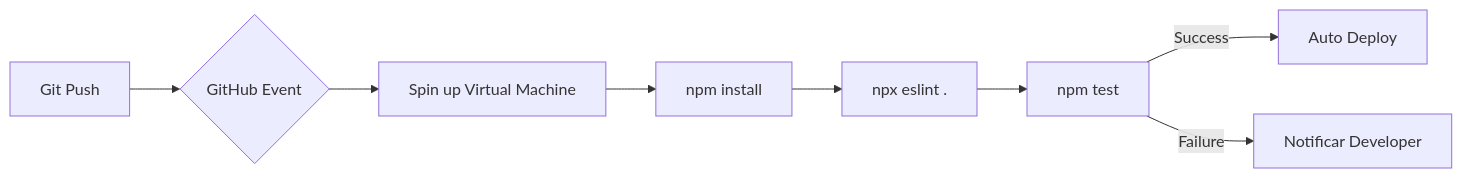
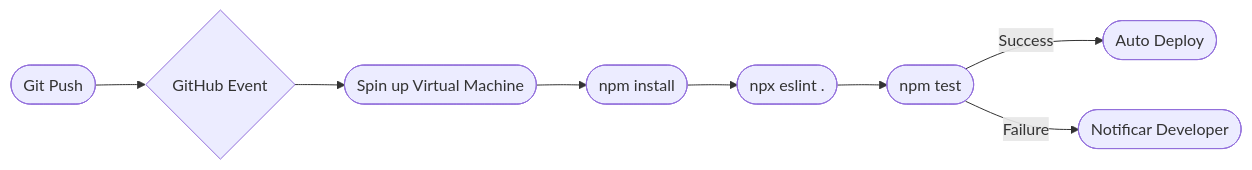
Before and after one commit to ricardotecpro/ads_extra_guia_de_ferramentas: the diagram in docs/aulas/aula-11.md, drawn with Mermaid. The commit also changed other lines of this file and 69 other files, not shown here.

````diff
--- a/docs/aulas/aula-11.md
+++ b/docs/aulas/aula-11.md
@@ -31,10 +34,10 @@
 ```mermaid
 graph LR
-    Push[Git Push] --> Trigger{GitHub Event}
-    Trigger --> VM[Spin up Virtual Machine]
-    VM --> Install[npm install]
-    Install --> Lint[npx eslint .]
-    Lint --> Test[npm test]
-    Test -- Success --> Deploy[Auto Deploy]
-    Test -- Failure --> Notify[Notificar Developer]
+    Push([Git Push]) --> Trigger{GitHub Event}
+    Trigger --> VM([Spin up Virtual Machine])
+    VM --> Install([npm install])
+    Install --> Lint([npx eslint .])
+    Lint --> Test([npm test])
+    Test -- Success --> Deploy([Auto Deploy])
+    Test -- Failure --> Notify([Notificar Developer])
 ```
````
